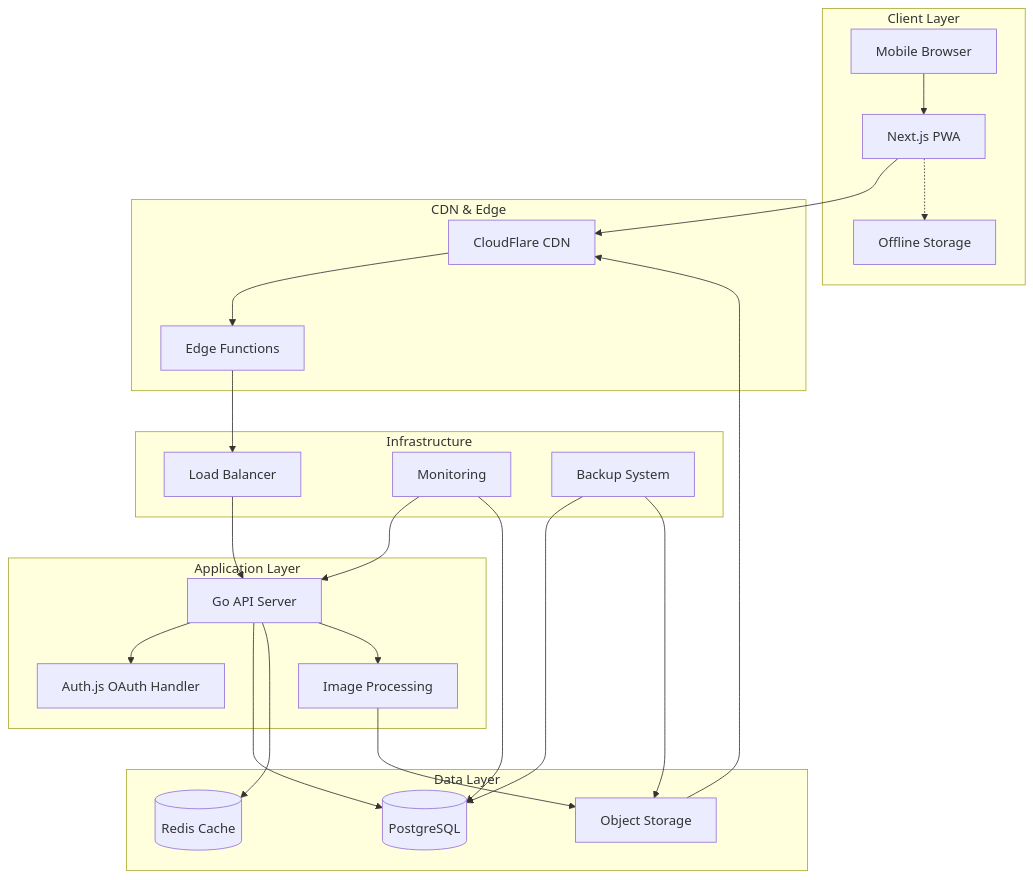
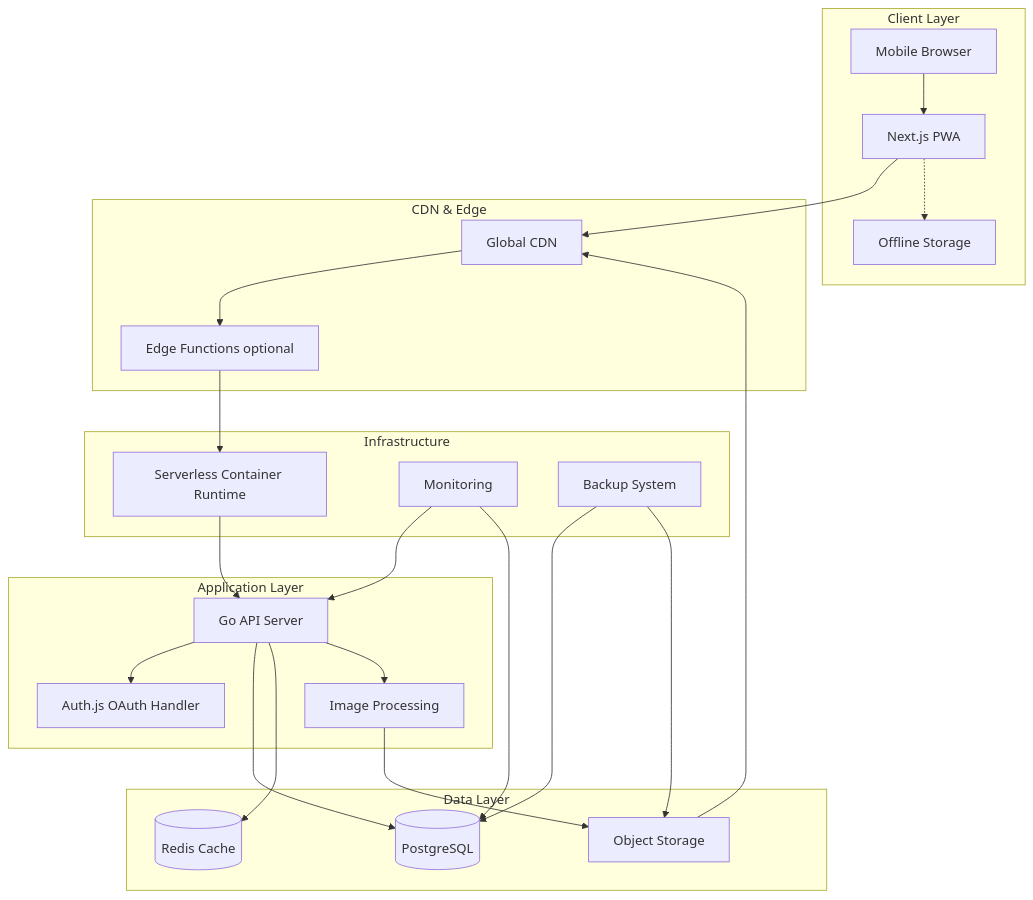
Before and after one commit to aneuhold/tracktory: the first of 10 diagrams in docs/architecture/system-design.md, drawn with Mermaid. The commit also changed other lines of this file and 3 other files, not shown here.

Commit message:
Update architecture and deployment notes

````diff
--- a/docs/architecture/system-design.md
+++ b/docs/architecture/system-design.md
@@ -30,50 +30,50 @@
 ```mermaid
 graph TB
     subgraph "Client Layer"
         PWA[Next.js PWA]
         Mobile[Mobile Browser]
         Offline[Offline Storage]
     end
 
     subgraph "CDN & Edge"
-        CDN[CloudFlare CDN]
-        Edge[Edge Functions]
+        CDN[Global CDN]
+        Edge[Edge Functions optional]
     end
 
     subgraph "Application Layer"
         API[Go API Server]
         AuthJS[Auth.js OAuth Handler]
         ImageProc[Image Processing]
     end
 
     subgraph "Data Layer"
         DB[(PostgreSQL)]
         Cache[(Redis Cache)]
         Storage[Object Storage]
     end
 
     subgraph "Infrastructure"
-        LB[Load Balancer]
+        Runtime[Serverless Container Runtime]
         Monitor[Monitoring]
         Backup[Backup System]
     end
 
     Mobile --> PWA
     PWA --> CDN
     CDN --> Edge
-    Edge --> LB
-    LB --> API
+    Edge --> Runtime
+    Runtime --> API
     API --> AuthJS
     API --> DB
     API --> Cache
     API --> ImageProc
     ImageProc --> Storage
 
     PWA -.-> Offline
     Storage --> CDN
 
     Monitor --> API
     Monitor --> DB
     Backup --> DB
     Backup --> Storage
 ```
````
